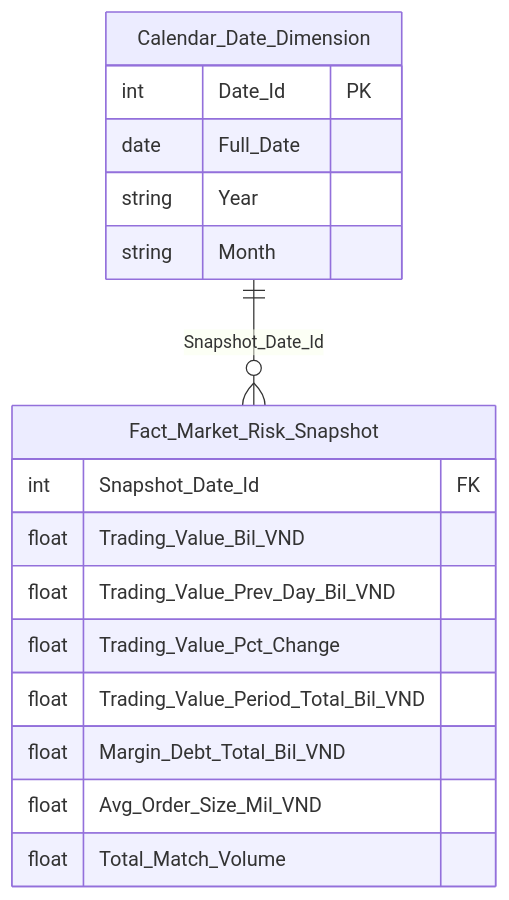
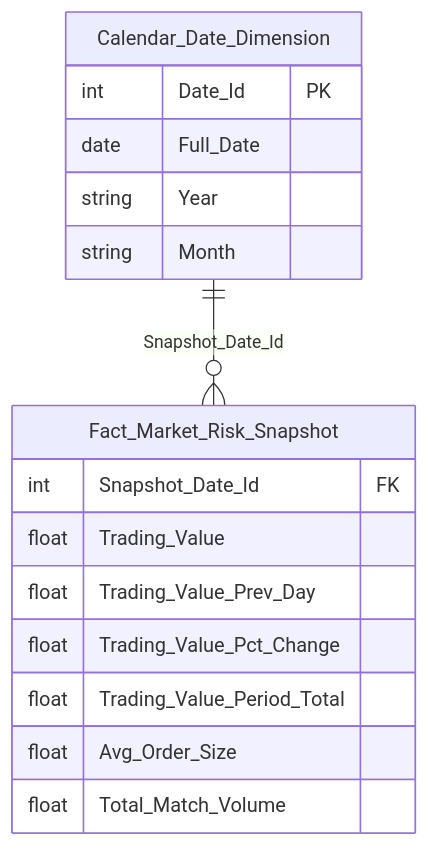
Diagram 23 of 55 in Datamart/hld/DTM_PTTT_HLD.md (linhlvit/ubck_atomic_design), drawn with Mermaid before and after one commit. The commit also changed other lines of this file and 70 other files, not shown here.

````diff
--- a/Datamart/hld/DTM_PTTT_HLD.md
+++ b/Datamart/hld/DTM_PTTT_HLD.md
@@ -1044,20 +1052,19 @@
 ```mermaid
 erDiagram
     Fact_Market_Risk_Snapshot {
         int Snapshot_Date_Id FK
-        float Trading_Value_Bil_VND
-        float Trading_Value_Prev_Day_Bil_VND
+        float Trading_Value
+        float Trading_Value_Prev_Day
         float Trading_Value_Pct_Change
-        float Trading_Value_Period_Total_Bil_VND
-        float Margin_Debt_Total_Bil_VND
-        float Avg_Order_Size_Mil_VND
+        float Trading_Value_Period_Total
+        float Avg_Order_Size
         float Total_Match_Volume
     }
     Calendar_Date_Dimension {
         int Date_Id PK
         date Full_Date
         string Year
         string Month
     }
     Calendar_Date_Dimension ||--o{ Fact_Market_Risk_Snapshot : "Snapshot_Date_Id"
 ```
````
